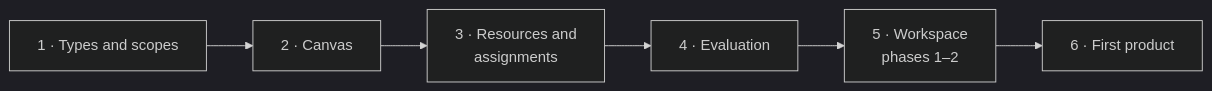
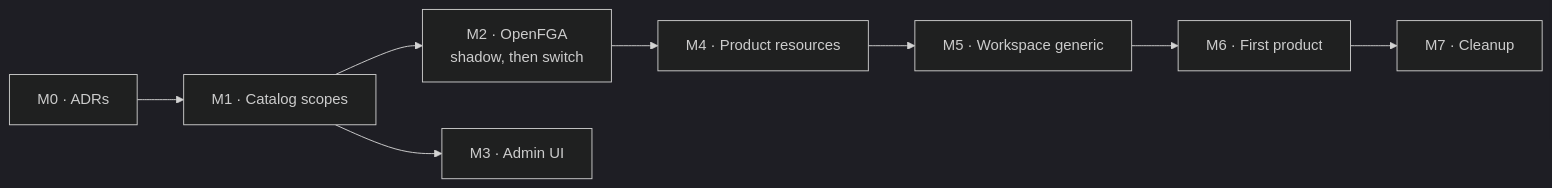
Diagram 19 of 19 in docs/adr/0022-resource-types-scope-roles-and-permissions.md (nanostack-dev/anchor), drawn with Mermaid (dark theme) before and after one commit. The commit also changed other lines of this file, not shown here.

````diff
--- a/docs/adr/0022-resource-types-scope-roles-and-permissions.md
+++ b/docs/adr/0022-resource-types-scope-roles-and-permissions.md
@@ -2170,4 +2181,10 @@
 ```mermaid
 flowchart LR
-    s1["1 · Types and scopes"] --> s2["2 · Canvas"] --> s3["3 · Resources and<br/>assignments"] --> s4["4 · Evaluation"] --> s5["5 · Workspace<br/>phases 1–2"] --> s6["6 · First product"]
+    m0["M0 · ADRs"] --> m1["M1 · Catalog scopes"]
+    m1 --> m2["M2 · OpenFGA<br/>shadow, then switch"]
+    m1 --> m3["M3 · Admin UI"]
+    m2 --> m4["M4 · Product resources"]
+    m4 --> m5["M5 · Workspace generic"]
+    m5 --> m6["M6 · First product"]
+    m6 --> m7["M7 · Cleanup"]
 ```
````
